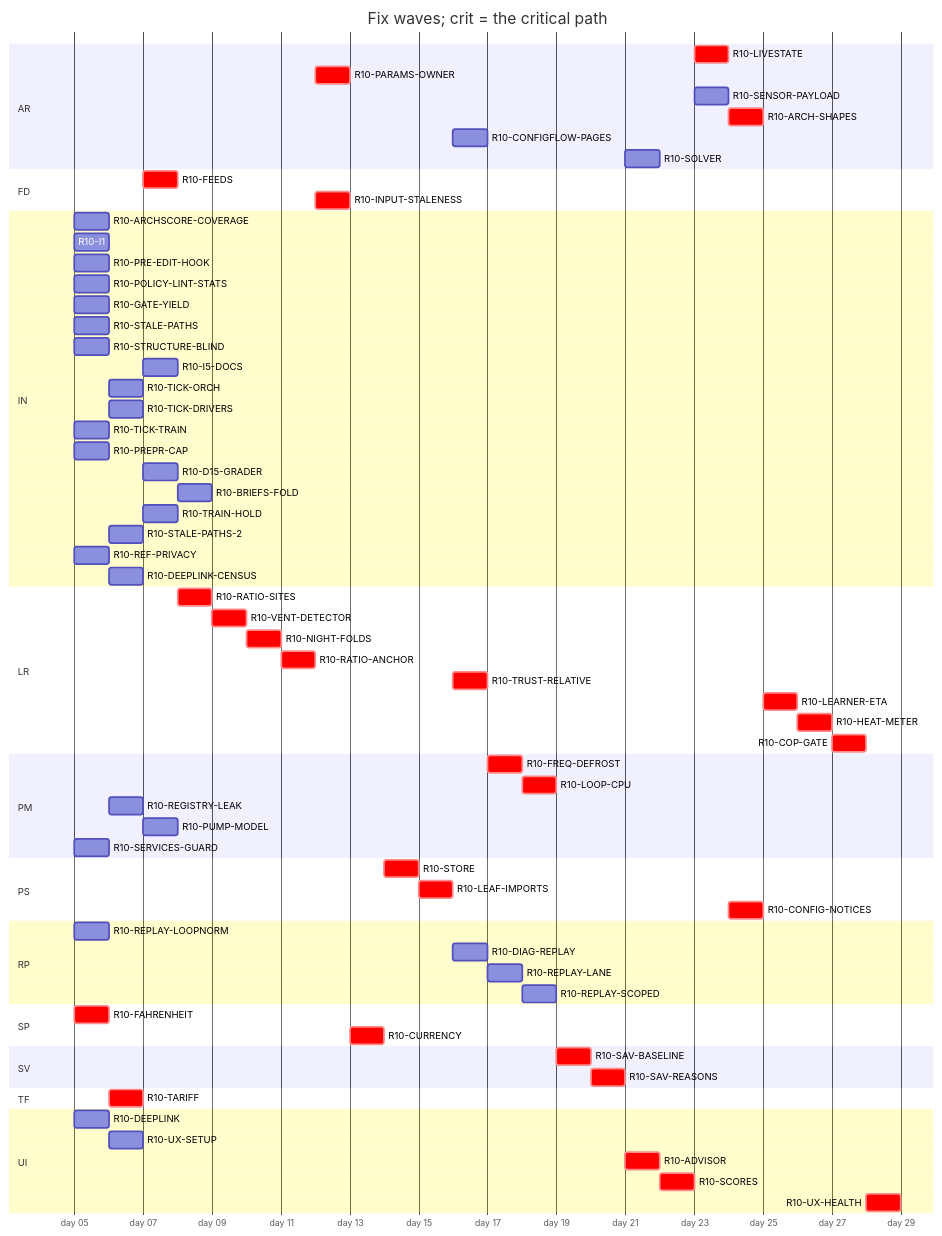
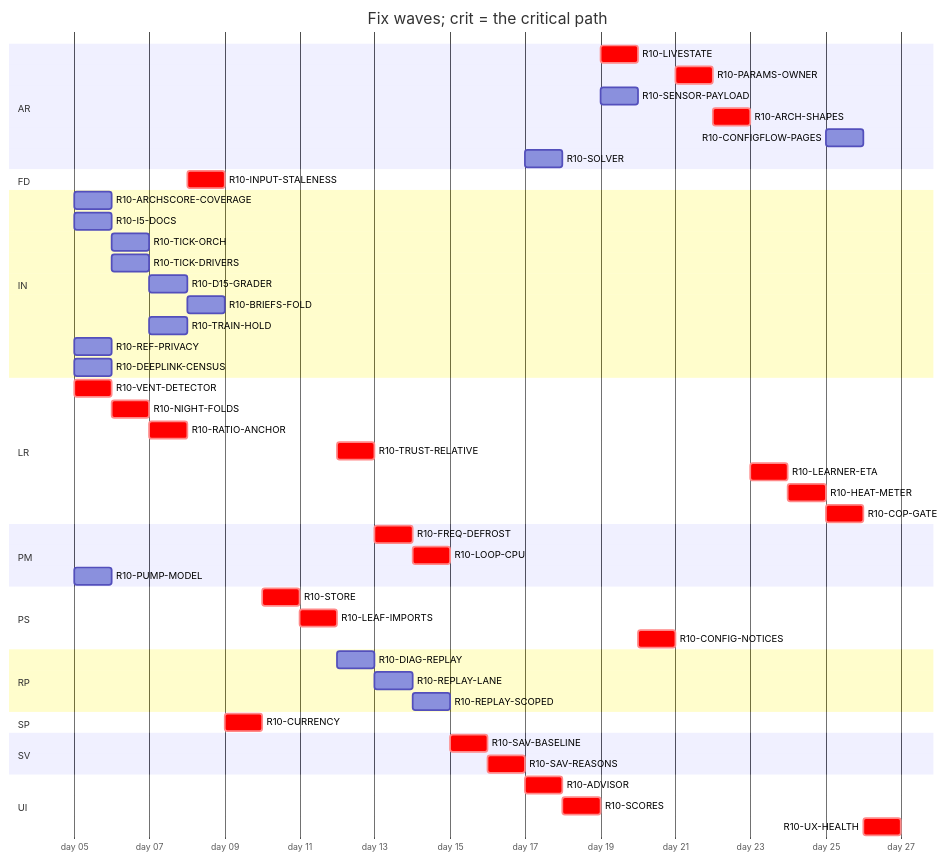
Before and after one commit to tvofi/heatpump_optimizer: the diagram in handoff/round10/state/PLAN-TABLE.md, drawn with Mermaid. The commit also changed other lines of this file and 2 other files, not shown here.

````diff
--- a/handoff/round10/state/PLAN-TABLE.md
+++ b/handoff/round10/state/PLAN-TABLE.md
@@ -24,73 +23,54 @@
 ```mermaid
 gantt
   title Fix waves; crit = the critical path
   dateFormat YYYY-MM-DD
   axisFormat day %d
   section AR
     R10-LIVESTATE :crit, r10LIVESTATE, after r10SCORES r10PUMPMODEL, 1d
-    R10-PARAMS-OWNER :crit, r10PARAMSOWNER, after r10CONFIGNOTICES r10ARCHSCORECOVERAGE r10SERVICESGUARD, 1d
+    R10-PARAMS-OWNER :crit, r10PARAMSOWNER, after r10CONFIGNOTICES r10ARCHSCORECOVERAGE, 1d
     R10-SENSOR-PAYLOAD :r10SENSORPAYLOAD, after r10SCORES, 1d
     R10-ARCH-SHAPES :crit, r10ARCHSHAPES, after r10PARAMSOWNER r10SENSORPAYLOAD r10FREQDEFROST, 1d
     R10-CONFIGFLOW-PAGES :r10CONFIGFLOWPAGES, after r10HEATMETER, 1d
-    R10-SOLVER :r10SOLVER, after r10SAVREASONS r10TARIFF, 1d
+    R10-SOLVER :r10SOLVER, after r10SAVREASONS, 1d
   section FD
-    R10-FEEDS :crit, r10FEEDS, after r10TARIFF, 1d
     R10-INPUT-STALENESS :crit, r10INPUTSTALENESS, after r10RATIOANCHOR, 1d
   section IN
     R10-ARCHSCORE-COVERAGE :r10ARCHSCORECOVERAGE, 2026-01-05, 1d
-    R10-I1 :r10I1, 2026-01-05, 1d
-    R10-PRE-EDIT-HOOK :r10PREEDITHOOK, 2026-01-05, 1d
-    R10-POLICY-LINT-STATS :r10POLICYLINTSTATS, 2026-01-05, 1d
-    R10-GATE-YIELD :r10GATEYIELD, 2026-01-05, 1d
-    R10-STALE-PATHS :r10STALEPATHS, 2026-01-05, 1d
-    R10-STRUCTURE-BLIND :r10STRUCTUREBLIND, 2026-01-05, 1d
-    R10-I5-DOCS :r10I5DOCS, after r10I1 r10STRUCTUREBLIND r10REGISTRYLEAK, 1d
+    R10-I5-DOCS :r10I5DOCS, 2026-01-05, 1d
     R10-TICK-ORCH :r10TICKORCH, after r10REFPRIVACY, 1d
     R10-TICK-DRIVERS :r10TICKDRIVERS, after r10REFPRIVACY, 1d
-    R10-TICK-TRAIN :r10TICKTRAIN, 2026-01-05, 1d
-    R10-PREPR-CAP :r10PREPRCAP, 2026-01-05, 1d
     R10-D15-GRADER :r10D15GRADER, after r10TICKDRIVERS, 1d
     R10-BRIEFS-FOLD :r10BRIEFSFOLD, after r10ARCHSCORECOVERAGE r10D15GRADER, 1d
-    R10-TRAIN-HOLD :r10TRAINHOLD, after r10TICKTRAIN r10TICKORCH, 1d
-    R10-STALE-PATHS-2 :r10STALEPATHS2, after r10STALEPATHS, 1d
+    R10-TRAIN-HOLD :r10TRAINHOLD, after r10TICKORCH, 1d
     R10-REF-PRIVACY :r10REFPRIVACY, 2026-01-05, 1d
-    R10-DEEPLINK-CENSUS :r10DEEPLINKCENSUS, after r10DEEPLINK, 1d
+    R10-DEEPLINK-CENSUS :r10DEEPLINKCENSUS, 2026-01-05, 1d
   section LR
-    R10-RATIO-SITES :crit, r10RATIOSITES, after r10FEEDS, 1d
-    R10-VENT-DETECTOR :crit, r10VENTDETECTOR, after r10RATIOSITES, 1d
+    R10-VENT-DETECTOR :crit, r10VENTDETECTOR, 2026-01-05, 1d
     R10-NIGHT-FOLDS :crit, r10NIGHTFOLDS, after r10VENTDETECTOR, 1d
     R10-RATIO-ANCHOR :crit, r10RATIOANCHOR, after r10NIGHTFOLDS, 1d
     R10-TRUST-RELATIVE :crit, r10TRUSTRELATIVE, after r10LEAFIMPORTS, 1d
     R10-LEARNER-ETA :crit, r10LEARNERETA, after r10ARCHSHAPES, 1d
-    R10-HEAT-METER :crit, r10HEATMETER, after r10LEARNERETA r10INPUTSTALENESS r10UXSETUP r10RATIOANCHOR, 1d
+    R10-HEAT-METER :crit, r10HEATMETER, after r10LEARNERETA r10INPUTSTALENESS r10RATIOANCHOR, 1d
     R10-COP-GATE :crit, r10COPGATE, after r10HEATMETER r10SENSORPAYLOAD, 1d
   section PM
     R10-FREQ-DEFROST :crit, r10FREQDEFROST, after r10TRUSTRELATIVE, 1d
     R10-LOOP-CPU :crit, r10LOOPCPU, after r10FREQDEFROST, 1d
-    R10-REGISTRY-LEAK :r10REGISTRYLEAK, after r10FAHRENHEIT, 1d
-    R10-PUMP-MODEL :r10PUMPMODEL, after r10REGISTRYLEAK, 1d
-    R10-SERVICES-GUARD :r10SERVICESGUARD, 2026-01-05, 1d
+    R10-PUMP-MODEL :r10PUMPMODEL, 2026-01-05, 1d
   section PS
     R10-STORE :crit, r10STORE, after r10CURRENCY, 1d
-    R10-LEAF-IMPORTS :crit, r10LEAFIMPORTS, after r10STORE r10NIGHTFOLDS r10TARIFF, 1d
+    R10-LEAF-IMPORTS :crit, r10LEAFIMPORTS, after r10STORE r10NIGHTFOLDS, 1d
     R10-CONFIG-NOTICES :crit, r10CONFIGNOTICES, after r10LIVESTATE, 1d
   section RP
-    R10-REPLAY-LOOPNORM :r10REPLAYLOOPNORM, 2026-01-05, 1d
-    R10-DIAG-REPLAY :r10DIAGREPLAY, after r10REPLAYLOOPNORM r10LEAFIMPORTS, 1d
+    R10-DIAG-REPLAY :r10DIAGREPLAY, after r10LEAFIMPORTS, 1d
     R10-REPLAY-LANE :r10REPLAYLANE, after r10DIAGREPLAY, 1d
     R10-REPLAY-SCOPED :r10REPLAYSCOPED, after r10REPLAYLANE r10TICKORCH r10TRAINHOLD r10REFPRIVACY, 1d
   section SP
-    R10-FAHRENHEIT :crit, r10FAHRENHEIT, 2026-01-05, 1d
     R10-CURRENCY :crit, r10CURRENCY, after r10INPUTSTALENESS, 1d
   section SV
     R10-SAV-BASELINE :crit, r10SAVBASELINE, after r10LOOPCPU, 1d
     R10-SAV-REASONS :crit, r10SAVREASONS, after r10SAVBASELINE r10LEAFIMPORTS, 1d
-  section TF
-    R10-TARIFF :crit, r10TARIFF, after r10FAHRENHEIT, 1d
   section UI
-    R10-DEEPLINK :r10DEEPLINK, 2026-01-05, 1d
-    R10-UX-SETUP :r10UXSETUP, after r10DEEPLINK, 1d
-    R10-ADVISOR :crit, r10ADVISOR, after r10UXSETUP r10SAVREASONS, 1d
-    R10-SCORES :crit, r10SCORES, after r10ADVISOR r10RATIOSITES, 1d
+    R10-ADVISOR :crit, r10ADVISOR, after r10SAVREASONS, 1d
+    R10-SCORES :crit, r10SCORES, after r10ADVISOR, 1d
     R10-UX-HEALTH :crit, r10UXHEALTH, after r10SCORES r10COPGATE r10HEATMETER, 1d
 ```
````
